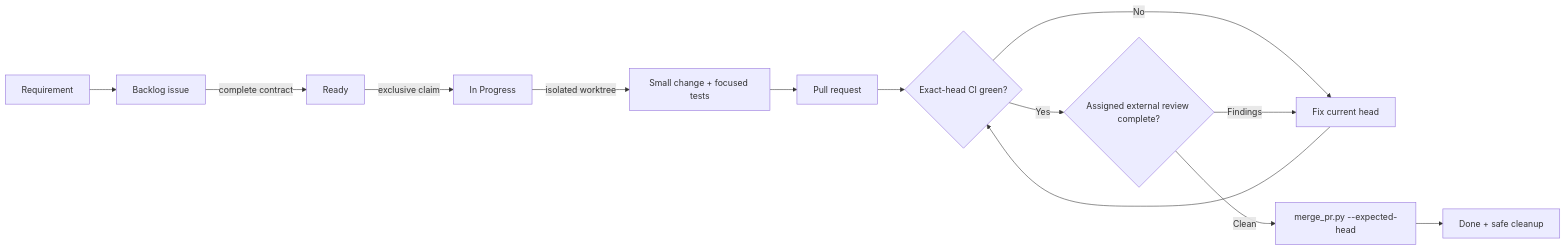
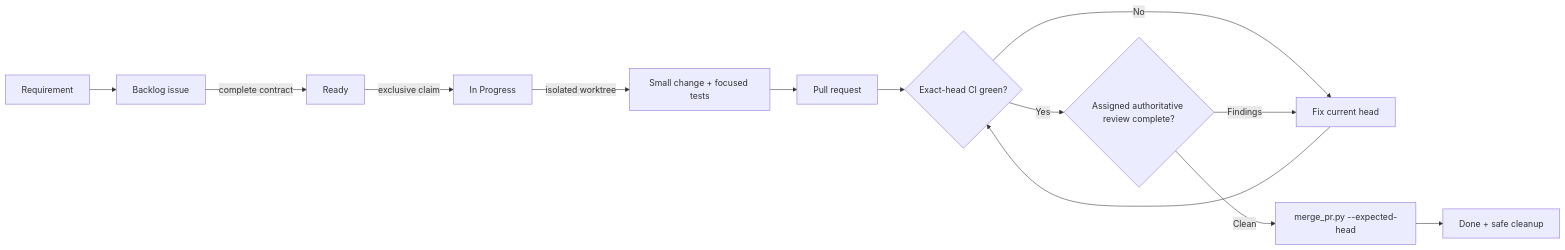
Before and after one commit to gillella/Aru_Agentic_SDLC: the first of 2 diagrams in README.md, drawn with Mermaid. The commit also changed other lines of this file and 17 other files, not shown here.

````diff
--- a/README.md
+++ b/README.md
@@ -25,15 +25,15 @@
 ```mermaid
 flowchart LR
     R[Requirement] --> B[Backlog issue]
     B -->|complete contract| RD[Ready]
     RD -->|exclusive claim| IP[In Progress]
     IP -->|isolated worktree| CODE[Small change + focused tests]
     CODE --> PR[Pull request]
     PR --> CI{Exact-head CI green?}
     CI -->|No| FIX[Fix current head]
     FIX --> CI
-    CI -->|Yes| REV{Assigned external review complete?}
+    CI -->|Yes| REV{Assigned authoritative review complete?}
     REV -->|Findings| FIX
     REV -->|Clean| MERGE[merge_pr.py --expected-head]
     MERGE --> DONE[Done + safe cleanup]
 ```
````
